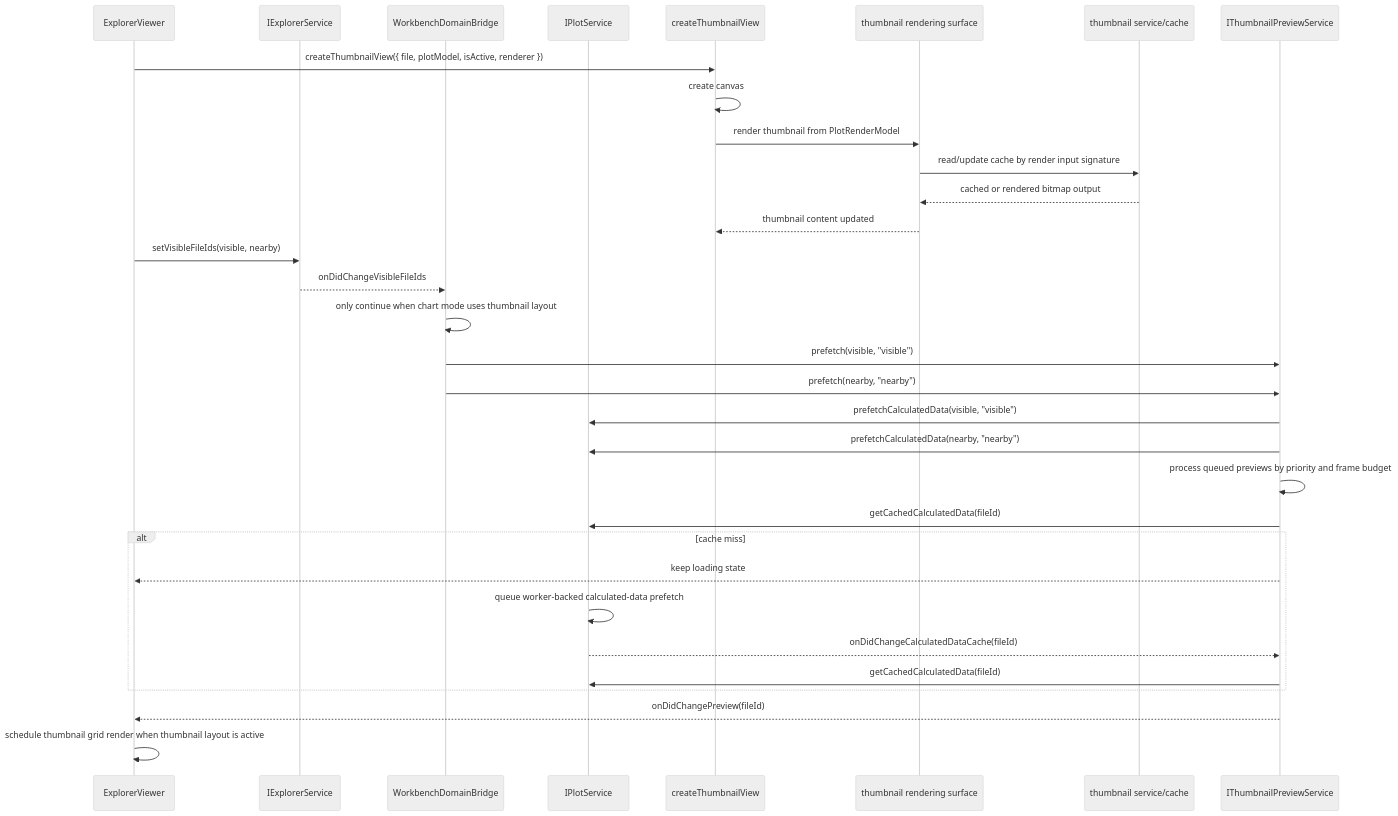
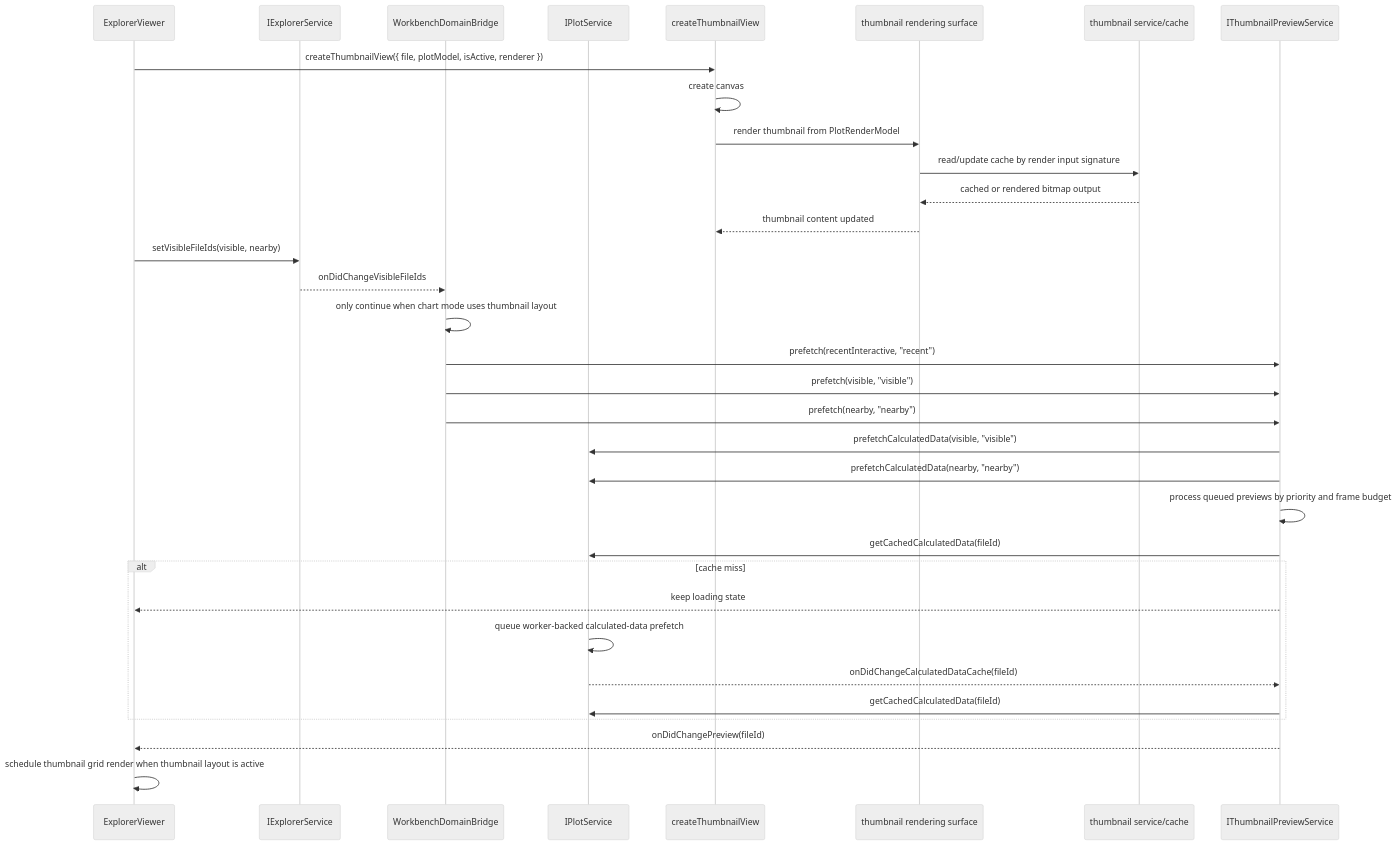
One commit to chogng/conductor changed the fifth of 6 diagrams in .github/instructions/thumbnail.instructions.md. Above: the diagram before and after it, drawn with Mermaid (neutral theme). The commit also changed other lines of this file and 15 other files, not shown here.

````diff
--- a/.github/instructions/thumbnail.instructions.md
+++ b/.github/instructions/thumbnail.instructions.md
@@ -184,35 +184,36 @@
 ```mermaid
 sequenceDiagram
     participant ExplorerViewer
     participant ExplorerService as IExplorerService
     participant DomainBridge as WorkbenchDomainBridge
     participant Plot as IPlotService
     participant ThumbnailView as createThumbnailView
     participant ThumbnailRenderer as thumbnail rendering surface
     participant ThumbnailService as thumbnail service/cache
     participant ThumbnailPreviewService as IThumbnailPreviewService
 
     ExplorerViewer->>ThumbnailView: createThumbnailView({ file, plotModel, isActive, renderer })
     ThumbnailView->>ThumbnailView: create canvas
     ThumbnailView->>ThumbnailRenderer: render thumbnail from PlotRenderModel
     ThumbnailRenderer->>ThumbnailService: read/update cache by render input signature
     ThumbnailService-->>ThumbnailRenderer: cached or rendered bitmap output
     ThumbnailRenderer-->>ThumbnailView: thumbnail content updated
     ExplorerViewer->>ExplorerService: setVisibleFileIds(visible, nearby)
     ExplorerService-->>DomainBridge: onDidChangeVisibleFileIds
     DomainBridge->>DomainBridge: only continue when chart mode uses thumbnail layout
+    DomainBridge->>ThumbnailPreviewService: prefetch(recentInteractive, "recent")
     DomainBridge->>ThumbnailPreviewService: prefetch(visible, "visible")
     DomainBridge->>ThumbnailPreviewService: prefetch(nearby, "nearby")
     ThumbnailPreviewService->>Plot: prefetchCalculatedData(visible, "visible")
     ThumbnailPreviewService->>Plot: prefetchCalculatedData(nearby, "nearby")
     ThumbnailPreviewService->>ThumbnailPreviewService: process queued previews by priority and frame budget
     ThumbnailPreviewService->>Plot: getCachedCalculatedData(fileId)
     alt cache miss
         ThumbnailPreviewService-->>ExplorerViewer: keep loading state
         Plot->>Plot: queue worker-backed calculated-data prefetch
         Plot-->>ThumbnailPreviewService: onDidChangeCalculatedDataCache(fileId)
         ThumbnailPreviewService->>Plot: getCachedCalculatedData(fileId)
     end
     ThumbnailPreviewService-->>ExplorerViewer: onDidChangePreview(fileId)
     ExplorerViewer->>ExplorerViewer: schedule thumbnail grid render when thumbnail layout is active
 ```
````
